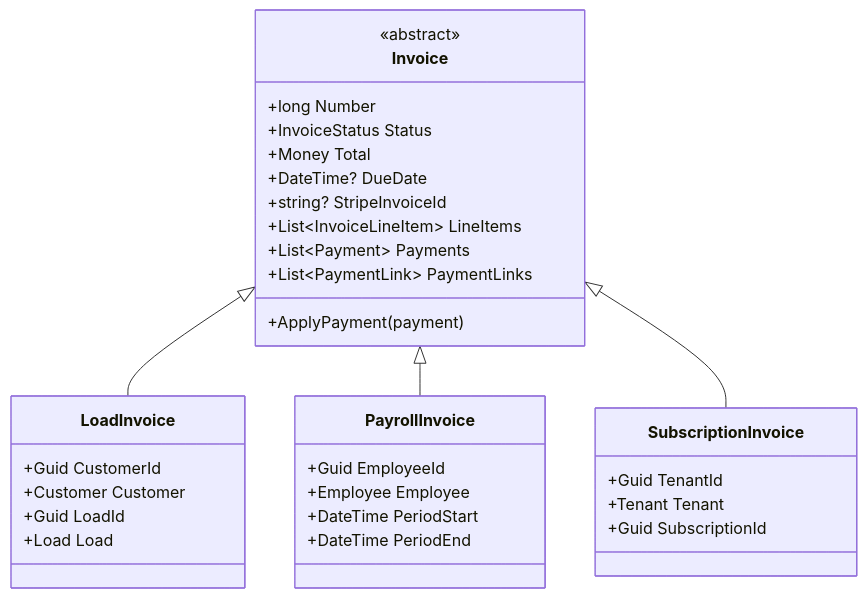
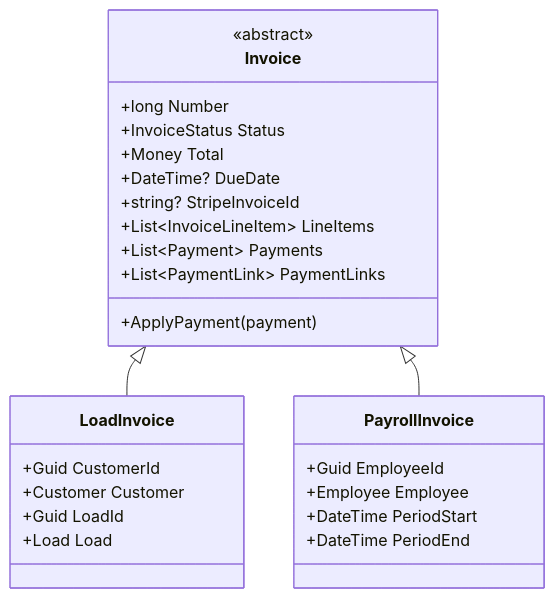
The ninth of 10 diagrams in docs/architecture/domain-model.md (suxrobGM/logistics-app), drawn with Mermaid before and after one commit. The commit also changed other lines of this file and 6 other files, not shown here.

Commit message:
refactor(invoices): delete the never-constructed SubscriptionInvoice

````diff
--- a/docs/architecture/domain-model.md
+++ b/docs/architecture/domain-model.md
@@ -337,39 +337,32 @@
 ```mermaid
 classDiagram
     class Invoice {
         <<abstract>>
         +long Number
         +InvoiceStatus Status
         +Money Total
         +DateTime? DueDate
         +string? StripeInvoiceId
         +List~InvoiceLineItem~ LineItems
         +List~Payment~ Payments
         +List~PaymentLink~ PaymentLinks
         +ApplyPayment(payment)
     }
 
     class LoadInvoice {
         +Guid CustomerId
         +Customer Customer
         +Guid LoadId
         +Load Load
     }
 
     class PayrollInvoice {
         +Guid EmployeeId
         +Employee Employee
         +DateTime PeriodStart
         +DateTime PeriodEnd
     }
 
-    class SubscriptionInvoice {
-        +Guid TenantId
-        +Tenant Tenant
-        +Guid SubscriptionId
-    }
-
     Invoice <|-- LoadInvoice
     Invoice <|-- PayrollInvoice
-    Invoice <|-- SubscriptionInvoice
 ```
````
